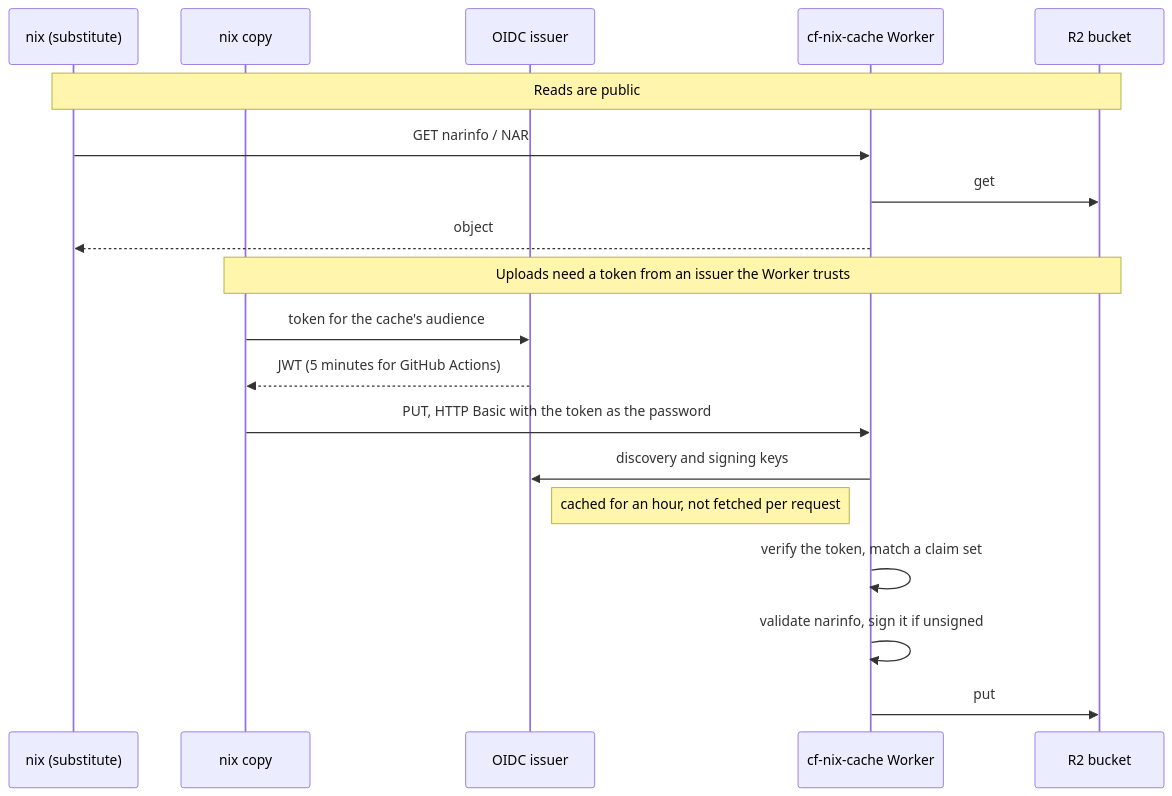
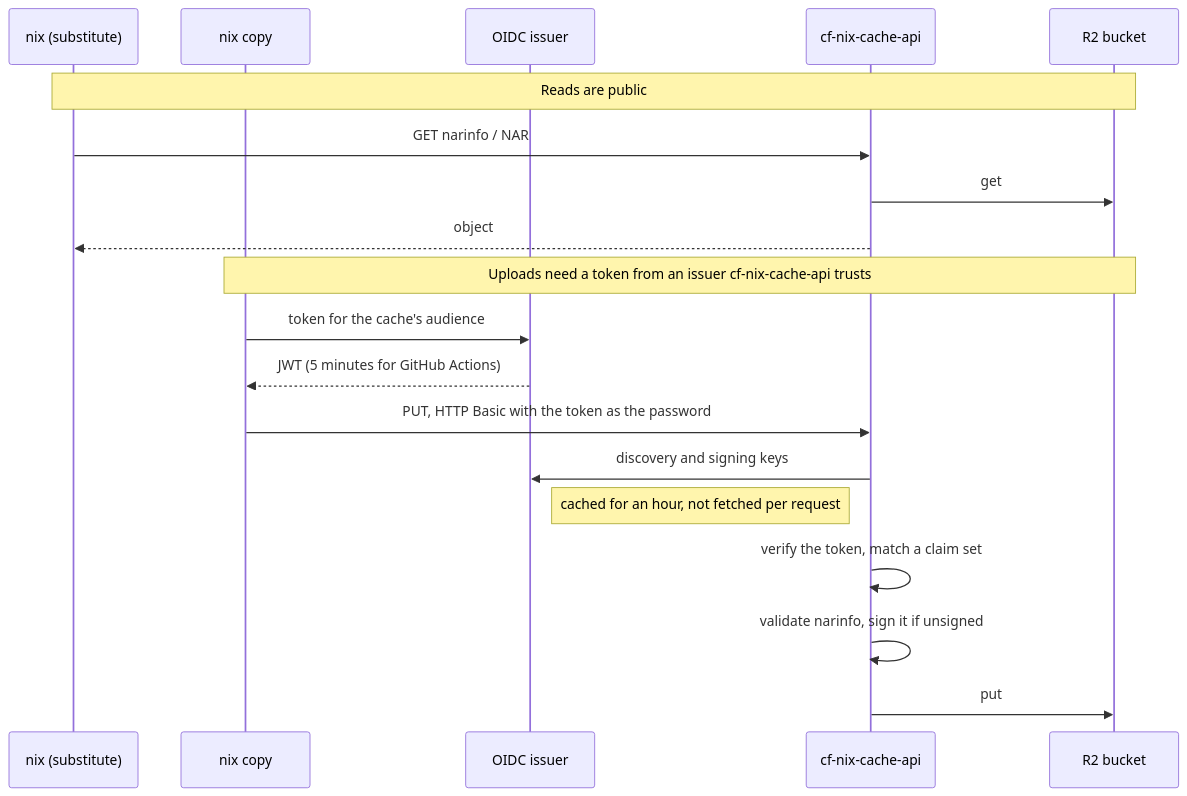
One commit to cf-contrib/cf-nix changed the diagram in README.md. Above: the diagram before and after it, drawn with Mermaid.

Commit message:
docs: name the README diagram's Worker after its crate, cf-nix-cache-api [skip ci]

````diff
--- a/README.md
+++ b/README.md
@@ -27,23 +27,23 @@
 ```mermaid
 sequenceDiagram
     participant Reader as nix (substitute)
     participant Uploader as nix copy
     participant Issuer as OIDC issuer
-    participant Worker as cf-nix-cache Worker
+    participant Api as cf-nix-cache-api
     participant R2 as R2 bucket
 
     Note over Reader,R2: Reads are public
-    Reader->>Worker: GET narinfo / NAR
-    Worker->>R2: get
-    Worker-->>Reader: object
+    Reader->>Api: GET narinfo / NAR
+    Api->>R2: get
+    Api-->>Reader: object
 
-    Note over Uploader,R2: Uploads need a token from an issuer the Worker trusts
+    Note over Uploader,R2: Uploads need a token from an issuer cf-nix-cache-api trusts
     Uploader->>Issuer: token for the cache's audience
     Issuer-->>Uploader: JWT (5 minutes for GitHub Actions)
-    Uploader->>Worker: PUT, HTTP Basic with the token as the password
-    Worker->>Issuer: discovery and signing keys
+    Uploader->>Api: PUT, HTTP Basic with the token as the password
+    Api->>Issuer: discovery and signing keys
     Note right of Issuer: cached for an hour, not fetched per request
-    Worker->>Worker: verify the token, match a claim set
-    Worker->>Worker: validate narinfo, sign it if unsigned
-    Worker->>R2: put
+    Api->>Api: verify the token, match a claim set
+    Api->>Api: validate narinfo, sign it if unsigned
+    Api->>R2: put
 ```
````
